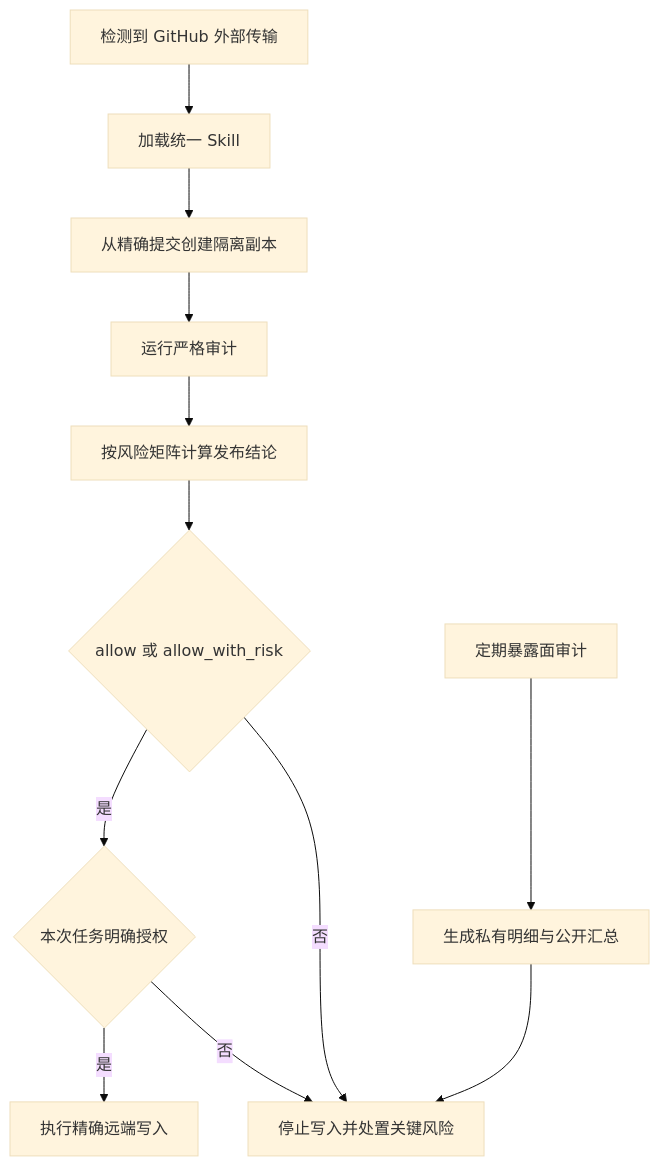
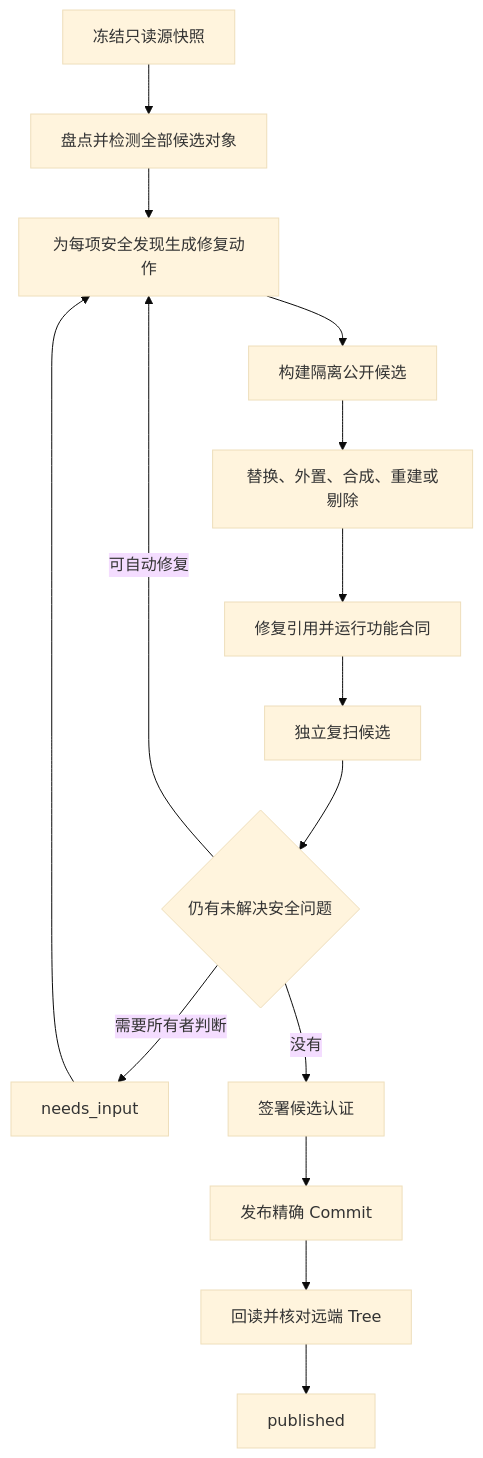
Before and after one commit to AIALRA-0/agent-github-safe-publish: the diagram in README.md, drawn with Mermaid (base theme). The commit also changed other lines of this file and 21 other files, not shown here.

````diff
--- a/README.md
+++ b/README.md
@@ -66,15 +41,17 @@
 ```mermaid
-%% 两类检查共享策略，但只有精确发布检查能够给出发布结论
 flowchart TD
-    A[检测到 GitHub 外部传输] --> B[加载统一 Skill]
-    B --> C[从精确提交创建隔离副本]
-    C --> D[运行严格审计]
-    D --> E[按风险矩阵计算发布结论]
-    E --> K{allow 或 allow_with_risk}
-    K -->|否| F[停止写入并处置关键风险]
-    K -->|是| G{本次任务明确授权}
-    G -->|否| F
-    G -->|是| H[执行精确远端写入]
-    I[定期暴露面审计] --> J[生成私有明细与公开汇总]
-    J --> F
+    A[冻结只读源快照] --> B[盘点并检测全部候选对象]
+    B --> C[为每项安全发现生成修复动作]
+    C --> D[构建隔离公开候选]
+    D --> E[替换、外置、合成、重建或剔除]
+    E --> F[修复引用并运行功能合同]
+    F --> G[独立复扫候选]
+    G --> H{仍有未解决安全问题}
+    H -->|可自动修复| C
+    H -->|需要所有者判断| I[needs_input]
+    I --> C
+    H -->|没有| J[签署候选认证]
+    J --> K[发布精确 Commit]
+    K --> L[回读并核对远端 Tree]
+    L --> M[published]
 ```
````
